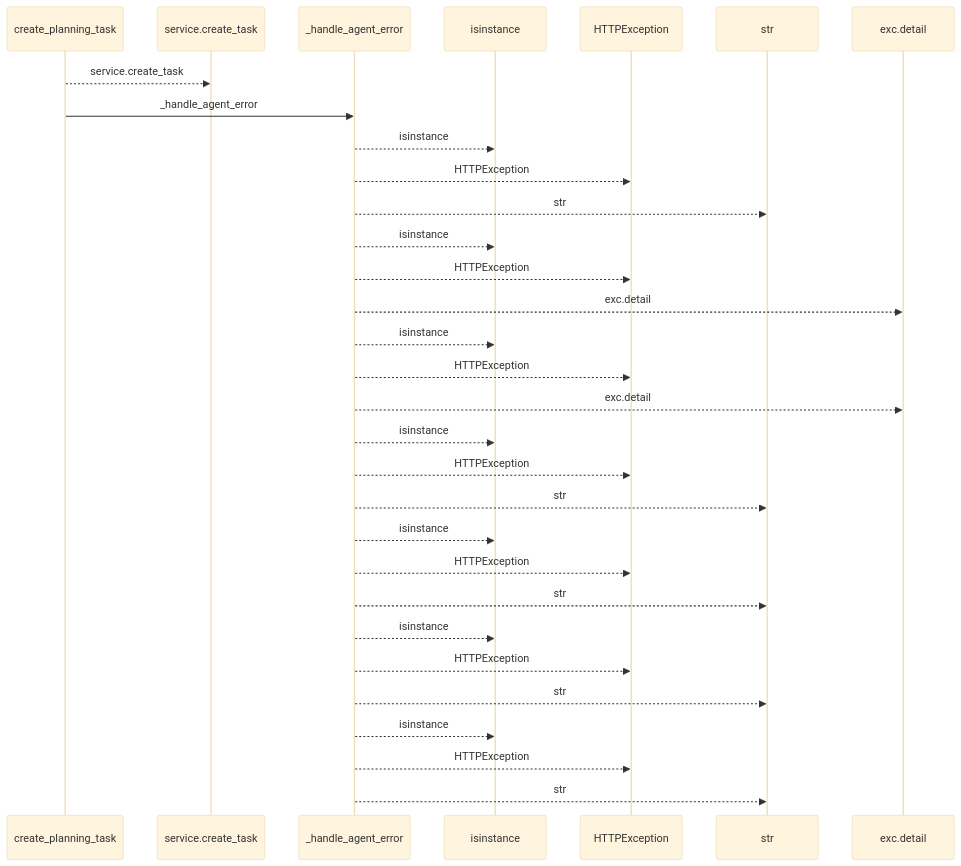
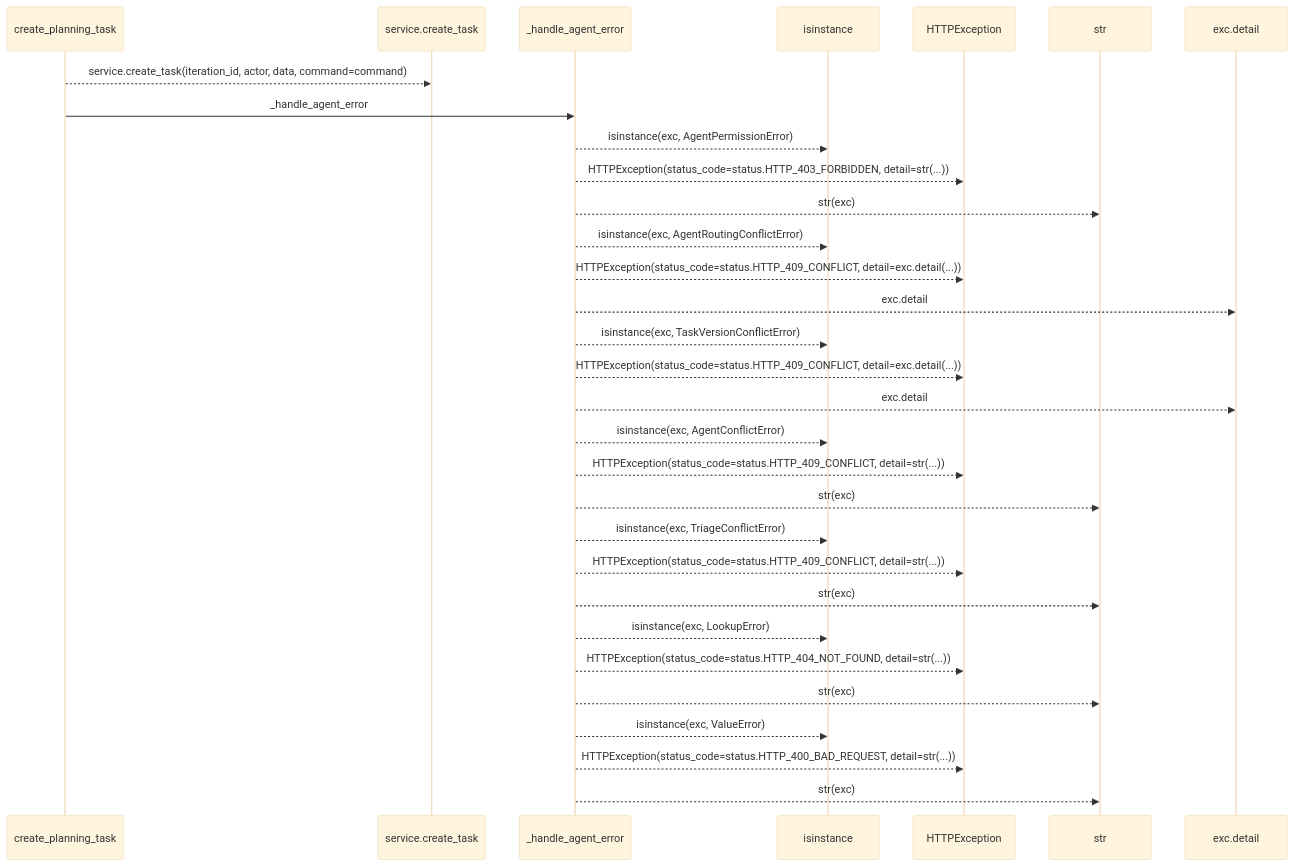
One commit to Denissvgn/WorkChord changed the first of 2 diagrams in docs/llm_wiki/flows/http-create_planning_task.md. Above: the diagram before and after it, drawn with Mermaid (base theme). The commit also changed other lines of this file and 25171 other files, not shown here.

````diff
--- a/docs/llm_wiki/flows/http-create_planning_task.md
+++ b/docs/llm_wiki/flows/http-create_planning_task.md
@@ -10,33 +12,33 @@
 ```mermaid
 sequenceDiagram
     participant p0 as create_planning_task
     participant p1 as service.create_task
     participant p2 as _handle_agent_error
     participant p3 as isinstance
     participant p4 as HTTPException
     participant p5 as str
     participant p6 as exc.detail
-    p0-->>p1: service.create_task
+    p0-->>p1: service.create_task(iteration_id, actor, data, command=command)
     p0->>p2: _handle_agent_error
-    p2-->>p3: isinstance
-    p2-->>p4: HTTPException
-    p2-->>p5: str
-    p2-->>p3: isinstance
-    p2-->>p4: HTTPException
+    p2-->>p3: isinstance(exc, AgentPermissionError)
+    p2-->>p4: HTTPException(status_code=status.HTTP_403_FORBIDDEN, detail=str(...))
+    p2-->>p5: str(exc)
+    p2-->>p3: isinstance(exc, AgentRoutingConflictError)
+    p2-->>p4: HTTPException(status_code=status.HTTP_409_CONFLICT, detail=exc.detail(...))
     p2-->>p6: exc.detail
-    p2-->>p3: isinstance
-    p2-->>p4: HTTPException
+    p2-->>p3: isinstance(exc, TaskVersionConflictError)
+    p2-->>p4: HTTPException(status_code=status.HTTP_409_CONFLICT, detail=exc.detail(...))
     p2-->>p6: exc.detail
-    p2-->>p3: isinstance
-    p2-->>p4: HTTPException
-    p2-->>p5: str
-    p2-->>p3: isinstance
-    p2-->>p4: HTTPException
-    p2-->>p5: str
-    p2-->>p3: isinstance
-    p2-->>p4: HTTPException
-    p2-->>p5: str
-    p2-->>p3: isinstance
-    p2-->>p4: HTTPException
-    p2-->>p5: str
+    p2-->>p3: isinstance(exc, AgentConflictError)
+    p2-->>p4: HTTPException(status_code=status.HTTP_409_CONFLICT, detail=str(...))
+    p2-->>p5: str(exc)
+    p2-->>p3: isinstance(exc, TriageConflictError)
+    p2-->>p4: HTTPException(status_code=status.HTTP_409_CONFLICT, detail=str(...))
+    p2-->>p5: str(exc)
+    p2-->>p3: isinstance(exc, LookupError)
+    p2-->>p4: HTTPException(status_code=status.HTTP_404_NOT_FOUND, detail=str(...))
+    p2-->>p5: str(exc)
+    p2-->>p3: isinstance(exc, ValueError)
+    p2-->>p4: HTTPException(status_code=status.HTTP_400_BAD_REQUEST, detail=str(...))
+    p2-->>p5: str(exc)
 ```
````
